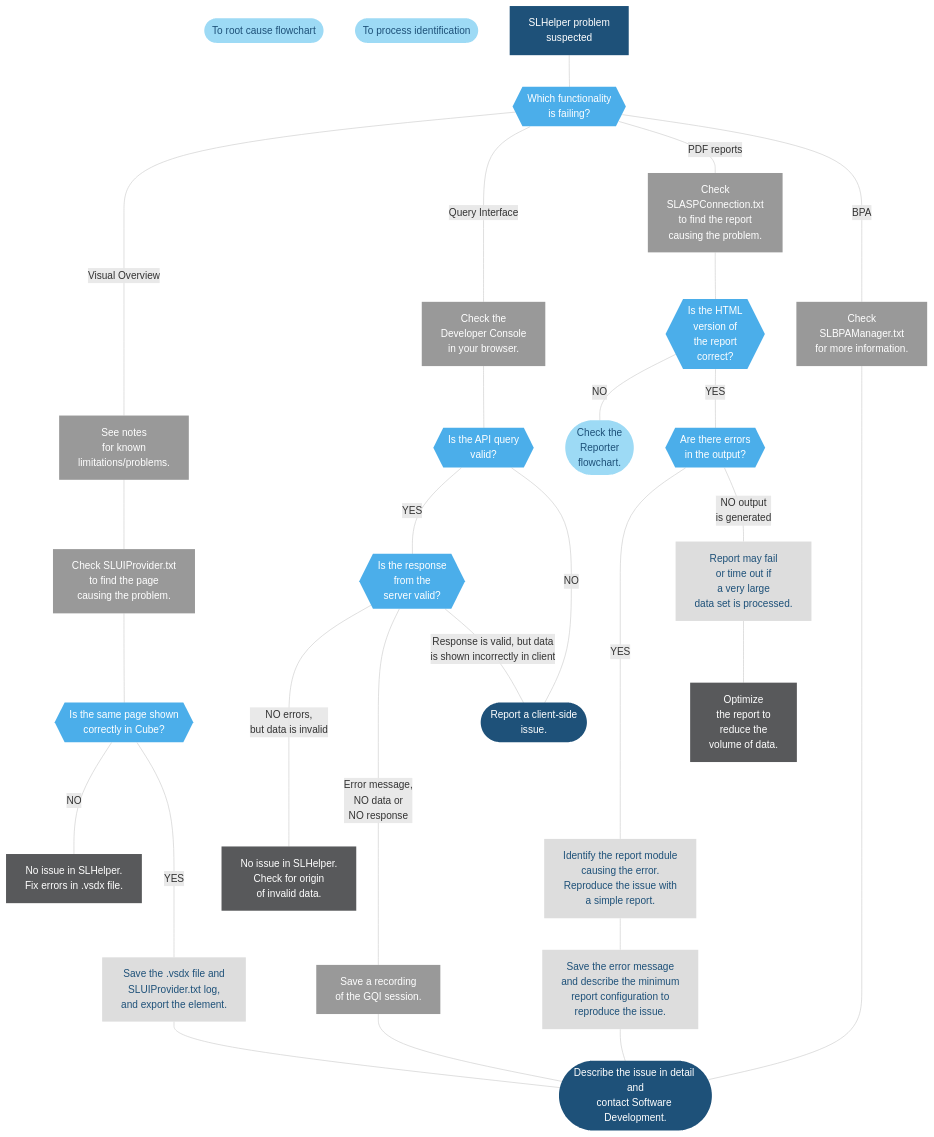
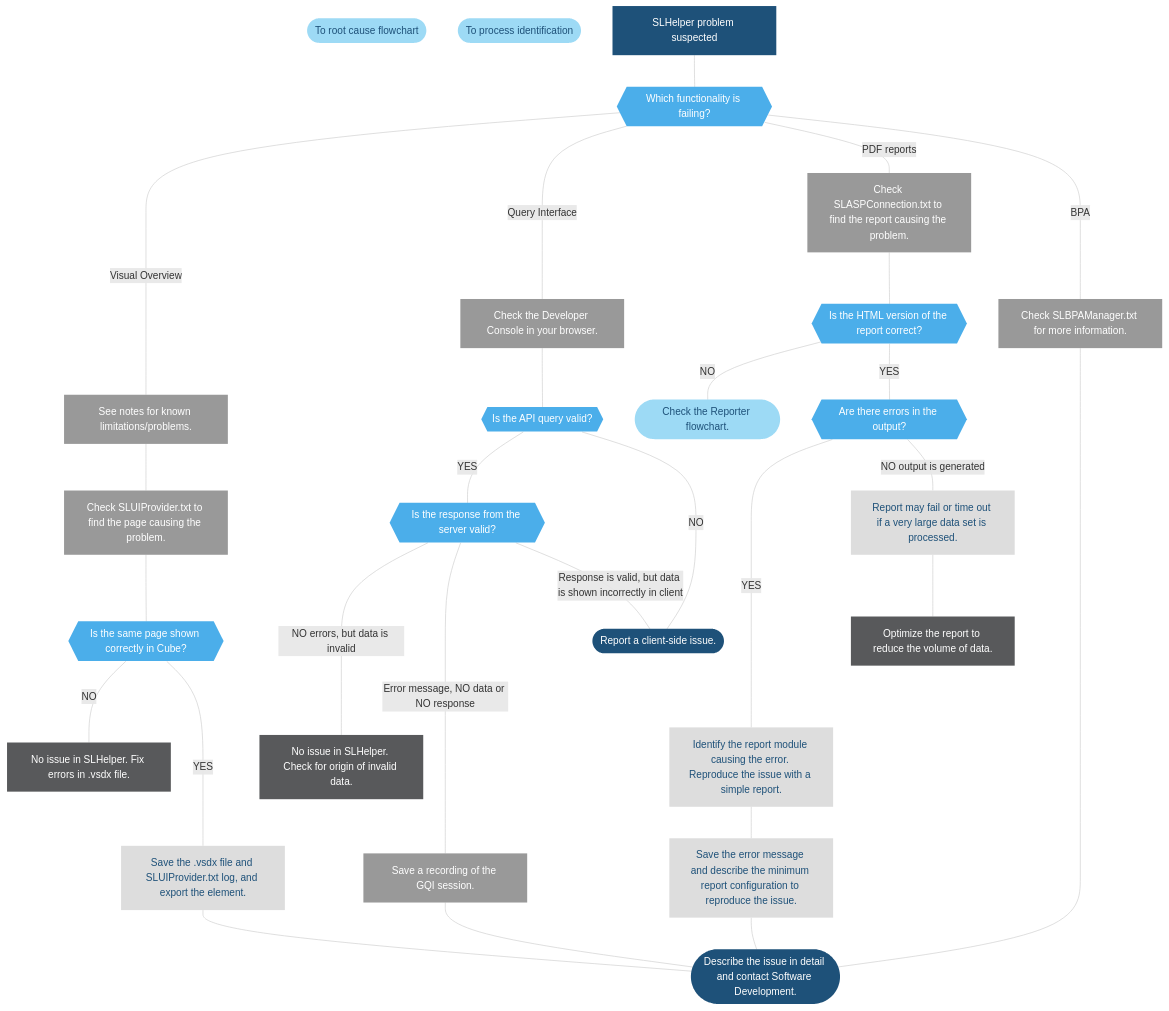
The diagram in user-guide/Troubleshooting/Troubleshooting_Flowcharts/Troubleshooting_Process_Identification/Other_processes/Troubleshooting_SLHelper_exe.md (SkylineCommunications/dataminer-docs), drawn with Mermaid before and after one commit. The commit also changed 8 other files, not shown here.

````diff
--- a/user-guide/Troubleshooting/Troubleshooting_Flowcharts/Troubleshooting_Process_Identification/Other_processes/Troubleshooting_SLHelper_exe.md
+++ b/user-guide/Troubleshooting/Troubleshooting_Flowcharts/Troubleshooting_Process_Identification/Other_processes/Troubleshooting_SLHelper_exe.md
@@ -54,81 +54,81 @@
 ```mermaid
 flowchart TD
 %% Define blocks %%
 LinkRootCause([To root cause flowchart])
 LinkProcessList([To process identification])
-Start[SLHelper problem <br />suspected]
-Function{{Which functionality <br/>is failing?}}
-VisioKnown[See notes <br>for known<br/>limitations/problems.]
-VisioLogs[Check SLUIProvider.txt<br/>to find the page<br/>causing the problem.]
-VisioCube{{Is the same page shown<br/>correctly in Cube?}}
-VisioSave[Save the .vsdx file and<br/> SLUIProvider.txt log,<br/> and export the element.]
-VisioFix[No issue in SLHelper.<br/>Fix errors in .vsdx file.]
-GqiDevConsole[Check the <br>Developer Console<br/>in your browser.]
-GqiCheckRequest{{Is the API query <br>valid?}}
-GqiCheckResponse{{Is the response <br>from the <br>server valid?}}
-GqiServerIssue[No issue in SLHelper.<br/>Check for origin<br/>of invalid data.]
-GqiSave[Save a recording<br/>of the GQI session.]
-GqiClientIssue([Report a client-side<br/>issue.])
-BpaLogs[Check <br>SLBPAManager.txt<br/>for more information.]
-PdfLogs[Check <br>SLASPConnection.txt<br/>to find the report<br/>causing the problem.]
-PdfCheckHtml{{Is the HTML <br>version of<br/>the report <br>correct?}}
-PdfReportsIssue([Check the <br>Reporter<br/>flowchart.])
-PdfErrors{{Are there errors<br/>in the output?}}
-PdfModule[Identify the report module<br/>causing the error.<br/>Reproduce the issue with<br/>a simple report.]
-PdfSave[Save the error message<br/>and describe the minimum<br/>report configuration to<br/>reproduce the issue.]
-PdfTimeouts[Report may fail<br/>or time out if <br>a very large<br/>data set is processed.]
-PdfOptimize[Optimize <br>the report to<br/>reduce the <br>volume of data.]
-EndReportIssue([Describe the issue in detail and<br/>contact Software Development.])
+Start[SLHelper problem suspected]
+Function{{Which functionality is failing?}}
+VisioKnown[See notes for known limitations/problems.]
+VisioLogs[Check SLUIProvider.txt to find the page causing the problem.]
+VisioCube{{Is the same page shown correctly in Cube?}}
+VisioSave[Save the .vsdx file and SLUIProvider.txt log, and export the element.]
+VisioFix[No issue in SLHelper. Fix errors in .vsdx file.]
+GqiDevConsole[Check the Developer Console in your browser.]
+GqiCheckRequest{{Is the API query valid?}}
+GqiCheckResponse{{Is the response from the server valid?}}
+GqiServerIssue[No issue in SLHelper. Check for origin of invalid data.]
+GqiSave[Save a recording of the GQI session.]
+GqiClientIssue([Report a client-side issue.])
+BpaLogs[Check SLBPAManager.txt for more information.]
+PdfLogs[Check SLASPConnection.txt to find the report causing the problem.]
+PdfCheckHtml{{Is the HTML version of the report correct?}}
+PdfReportsIssue([Check the Reporter flowchart.])
+PdfErrors{{Are there errors in the output?}}
+PdfModule[Identify the report module causing the error. Reproduce the issue with a simple report.]
+PdfSave[Save the error message and describe the minimum report configuration to reproduce the issue.]
+PdfTimeouts[Report may fail or time out if a very large data set is processed.]
+PdfOptimize[Optimize the report to reduce the volume of data.]
+EndReportIssue([Describe the issue in detail and contact Software Development.])
 %% Connect blocks %%
 Start --- Function
 Function --- |Visual Overview|VisioKnown
 Function --- |Query Interface|GqiDevConsole
 Function --- |PDF reports| PdfLogs
 Function --- |BPA| BpaLogs
 BpaLogs -------- EndReportIssue
 VisioKnown --- VisioLogs
 VisioLogs --- VisioCube
 VisioCube --- |NO| VisioFix
 VisioCube ---- |YES| VisioSave
 VisioSave --- EndReportIssue
 GqiDevConsole --- GqiCheckRequest
 GqiCheckRequest --- |YES| GqiCheckResponse
 GqiCheckRequest --- |NO| GqiClientIssue
-GqiCheckResponse ---- |NO errors,<br/>but data is invalid| GqiServerIssue
-GqiCheckResponse ----- |Error message,<br/>NO data or<br/>NO response| GqiSave
-GqiCheckResponse --- |Response is valid, but data<br/>is shown incorrectly in client| GqiClientIssue
+GqiCheckResponse ---- |NO errors, but data is invalid| GqiServerIssue
+GqiCheckResponse ----- |Error message, NO data or NO response| GqiSave
+GqiCheckResponse --- |Response is valid, but data is shown incorrectly in client| GqiClientIssue
 GqiSave --- EndReportIssue
 PdfLogs --- PdfCheckHtml
 PdfCheckHtml --- |NO| PdfReportsIssue
 PdfCheckHtml --- |YES| PdfErrors
 PdfErrors ----- |YES| PdfModule
 PdfModule --- PdfSave
-PdfErrors --- |NO output<br/>is generated| PdfTimeouts
+PdfErrors --- |NO output is generated| PdfTimeouts
 PdfTimeouts --- PdfOptimize
 PdfSave --- EndReportIssue
 %% Define hyperlinks %%
 click LinkRootCause "/user-guide/Troubleshooting/Troubleshooting_Flowcharts/Finding_a_Root_Cause.html" "Go to Root Cause Flowchart"
 click LinkProcessList "/user-guide/Troubleshooting/Troubleshooting_Flowcharts/Troubleshooting_Process_Identification/Troubleshooting_Process_Identification.html" "Go to process identification page"
 click VisioKnown "#known-limitations-of-visual-overview-in-web-apps" "Known limitations"
 click VisioLogs "#logging" "More on logging"
 click GqiDevConsole "#using-the-developer-console-in-a-browser" "Using Developer Console"
 click GqiSave "#recording-a-gqi-session" "How to record a GQI session"
 click PdfLogs "#logging" "More on logging"
 click PdfReportsIssue "/user-guide/Troubleshooting/Troubleshooting_Flowcharts/Troubleshooting_Process_Identification/Other_processes/Troubleshooting_SLASPConnection_exe.html" "Go to Reporter flowchart"
 click BpaLogs "#logging" "More on logging"
 %% Define styles %%
 linkStyle default stroke:#cccccc
 classDef classTerminal fill:#1e5179,stroke:#1e5179,color:#ffffff,stroke-width:0px;
 classDef classDecision fill:#4baeea,stroke:#4baeea,color:#ffffff,stroke-width:0px;
 classDef classExternalRef fill:#9ddaf5,stroke:#9ddaf5,color:#1E5179,stroke-width:0px;
 classDef classActionClickable fill:#999999,stroke:#999999,color:#ffffff,stroke-width:0px;
 classDef classAction fill:#dddddd,stroke:#dddddd,color:#1E5179,stroke-width:0px;
 classDef classSolution fill:#58595b,stroke:#58595b,color:#ffffff,stroke-width:0px;
 %% Apply styles to blocks %%
 class Start,EndReportIssue,GqiClientIssue classTerminal;
 class Function,VisioCube,GqiCheckRequest,GqiCheckResponse,PdfErrors,PdfCheckHtml classDecision;
 class VisioSave,PdfModule,PdfSave,PdfTimeouts classAction;
 class VisioFix,GqiServerIssue,PdfOptimize classSolution;
 class VisioKnown,VisioLogs,GqiDevConsole,GqiSave,PdfLogs,BpaLogs classActionClickable;
 class LinkRootCause,LinkProcessList,PdfReportsIssue classExternalRef;
 ```
````
